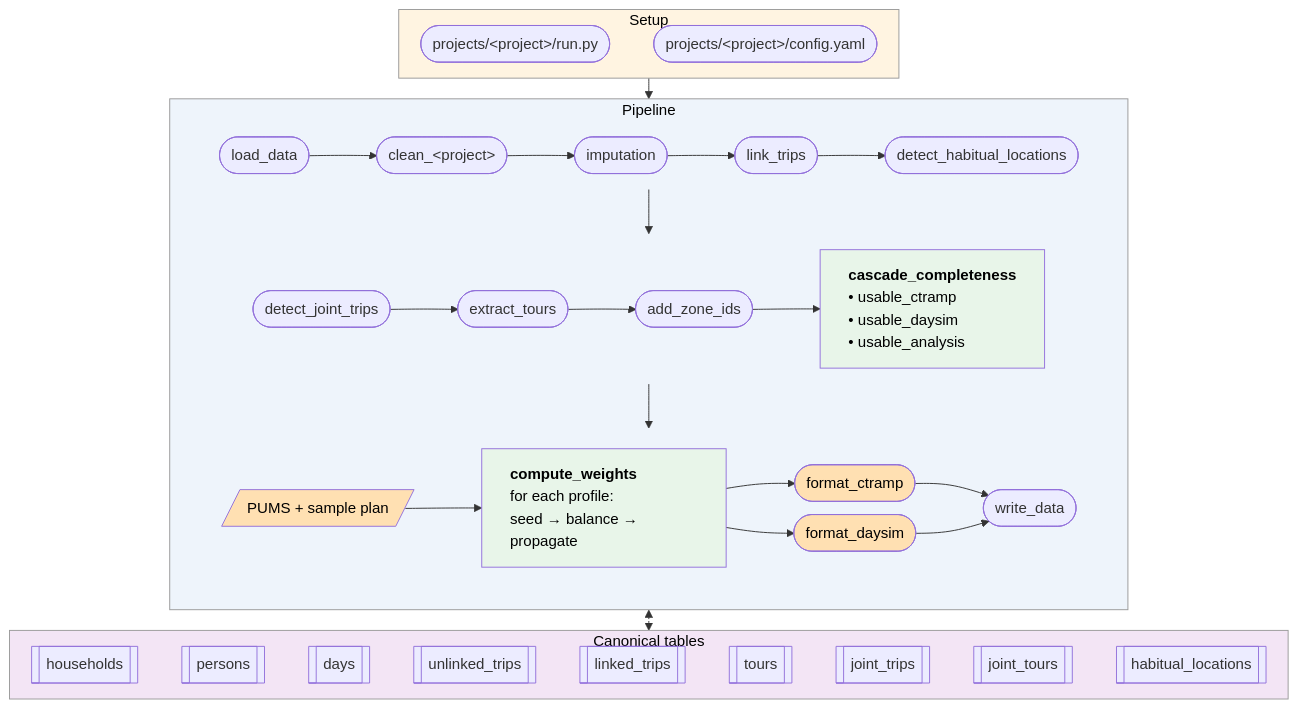
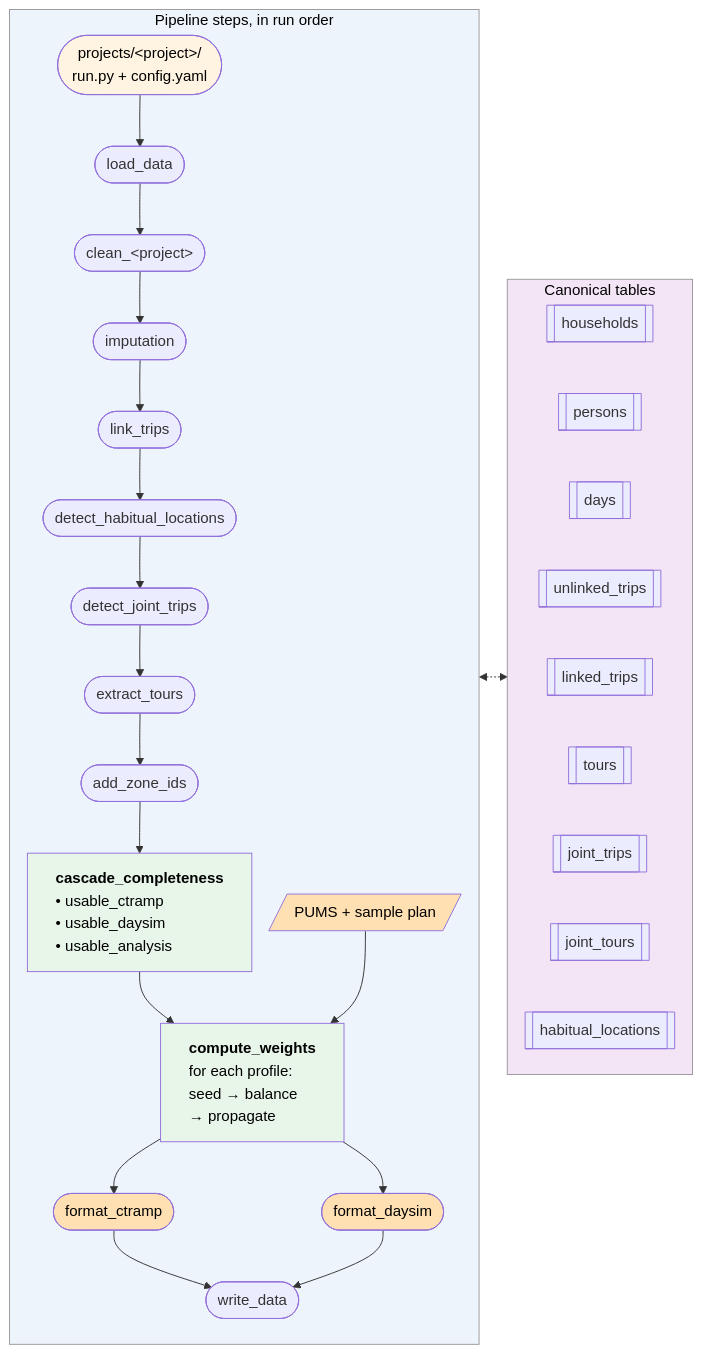
The diagram in README.md (BayAreaMetro/travel-diary-survey-tools), drawn with Mermaid before and after one commit. The commit also changed other lines of this file, not shown here.

Commit message:
Pipeline page: readable diagram, nested bullets
The diagram drawn in #153 was about 1,390 px wide and shrank to roughly half
size in the docs column; its rows were joined box-to-box, so no arrow linked
one row's last step to the next row's first. Redraw it as one top-to-bottom
chain with the tables beside it (about 730 px wide).

The "three main components" sub-items were indented 2 spaces, which
Python-Markdown flattens; indent them 4.

````diff
--- a/README.md
+++ b/README.md
@@ -67,48 +67,32 @@
 ```mermaid
-%%{init: {"flowchart": {"rankSpacing": 22, "nodeSpacing": 14}}}%%
-flowchart TB
-  subgraph Setup[Setup]
-    direction LR
-    Run(["projects/#lt;project#gt;/run.py"]) ~~~ Cfg(["projects/#lt;project#gt;/config.yaml"])
-  end
-
-  subgraph Pipeline[Pipeline]
+%%{init: {"flowchart": {"rankSpacing": 30, "nodeSpacing": 18}}}%%
+flowchart LR
+  subgraph Pipeline[Pipeline steps, in run order]
     direction TB
-    subgraph Row1[" "]
-      direction LR
-      Load([load_data]) --> Clean(["clean_#lt;project#gt;"]) --> Impute([imputation]) --> Link([link_trips]) --> Hab([detect_habitual_locations])
-    end
-    subgraph Row2[" "]
-      direction LR
-      Joint([detect_joint_trips]) --> Tours([extract_tours]) --> Zones([add_zone_ids]) --> Comp
-      Comp["<b>cascade_completeness</b><br/>• usable_ctramp<br/>• usable_daysim<br/>• usable_analysis"]
-    end
-    subgraph Row3[" "]
-      direction LR
-      PUMS[/PUMS + sample plan/] --> Weights["<b>compute_weights</b><br/>for each profile:<br/>seed → balance → propagate"]
-      Weights --> CT([format_ctramp]) --> Write([write_data])
-      Weights --> DS([format_daysim]) --> Write
-    end
-    Row1 --> Row2 --> Row3
+    Setup(["projects/#lt;project#gt;/<br/>run.py + config.yaml"]) --> Load
+    Load([load_data]) --> Clean(["clean_#lt;project#gt;"]) --> Impute([imputation]) --> Link([link_trips])
+    Link --> Hab([detect_habitual_locations]) --> Joint([detect_joint_trips]) --> Tours([extract_tours])
+    Tours --> Zones([add_zone_ids]) --> Comp
+    Comp["<b>cascade_completeness</b><br/>• usable_ctramp<br/>• usable_daysim<br/>• usable_analysis"] --> Weights
+    PUMS[/PUMS + sample plan/] --> Weights
+    Weights["<b>compute_weights</b><br/>for each profile:<br/>seed → balance<br/>→ propagate"]
+    Weights --> CT([format_ctramp]) --> Write([write_data])
+    Weights --> DS([format_daysim]) --> Write
   end
 
   subgraph Tables[Canonical tables]
-    direction LR
+    direction TB
     H[[households]] ~~~ P[[persons]] ~~~ D[[days]] ~~~ U[[unlinked_trips]] ~~~ L[[linked_trips]] ~~~ T[[tours]] ~~~ J[[joint_trips]] ~~~ JT[[joint_tours]] ~~~ HL[[habitual_locations]]
   end
 
-  Setup --> Pipeline
   Pipeline <-.-> Tables
 
-  style Setup fill:#fff4e1,stroke:#999,color:#000
+  style Setup fill:#fff4e1,color:#000
   style Pipeline fill:#eef4fb,stroke:#999,color:#000
-  style Row1 fill:none,stroke:none
-  style Row2 fill:none,stroke:none
-  style Row3 fill:none,stroke:none
   style Tables fill:#f3e5f5,stroke:#999,color:#000
   style PUMS fill:#ffe0b2,color:#000
   style Comp text-align:left,fill:#e8f5e9,color:#000
   style Weights text-align:left,fill:#e8f5e9,color:#000
   style CT fill:#ffe0b2,color:#000
   style DS fill:#ffe0b2,color:#000
 ```
````
